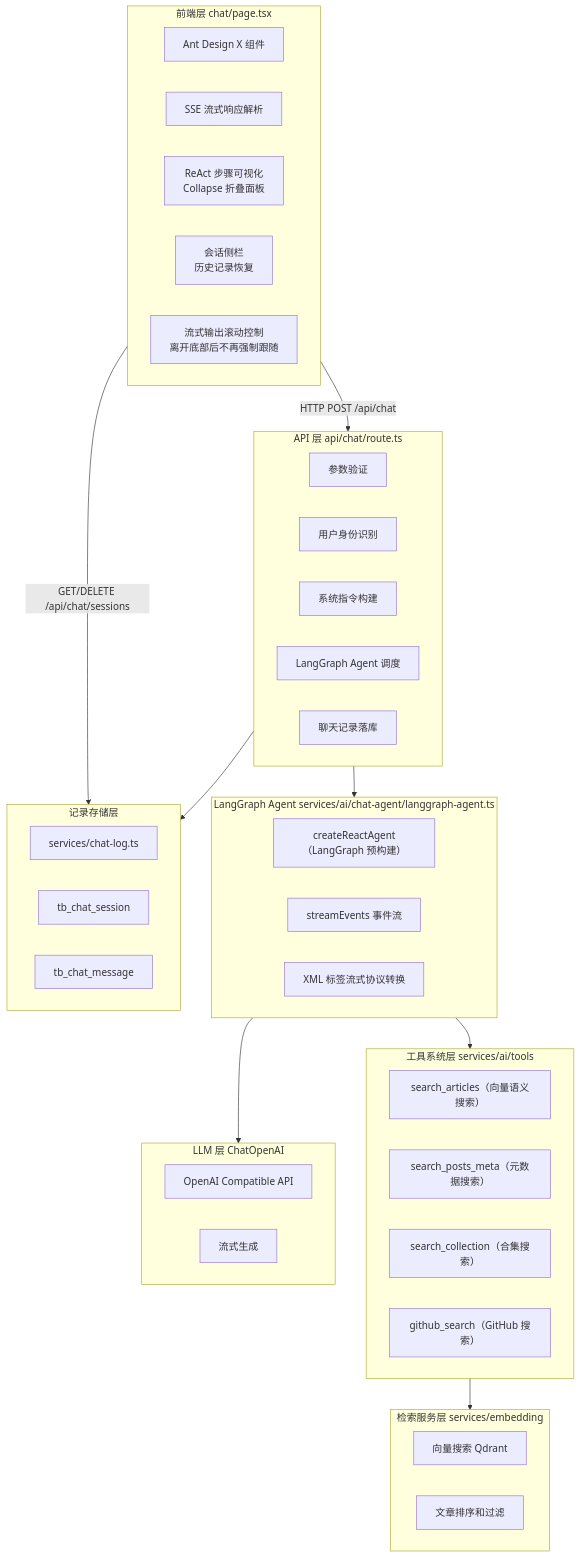
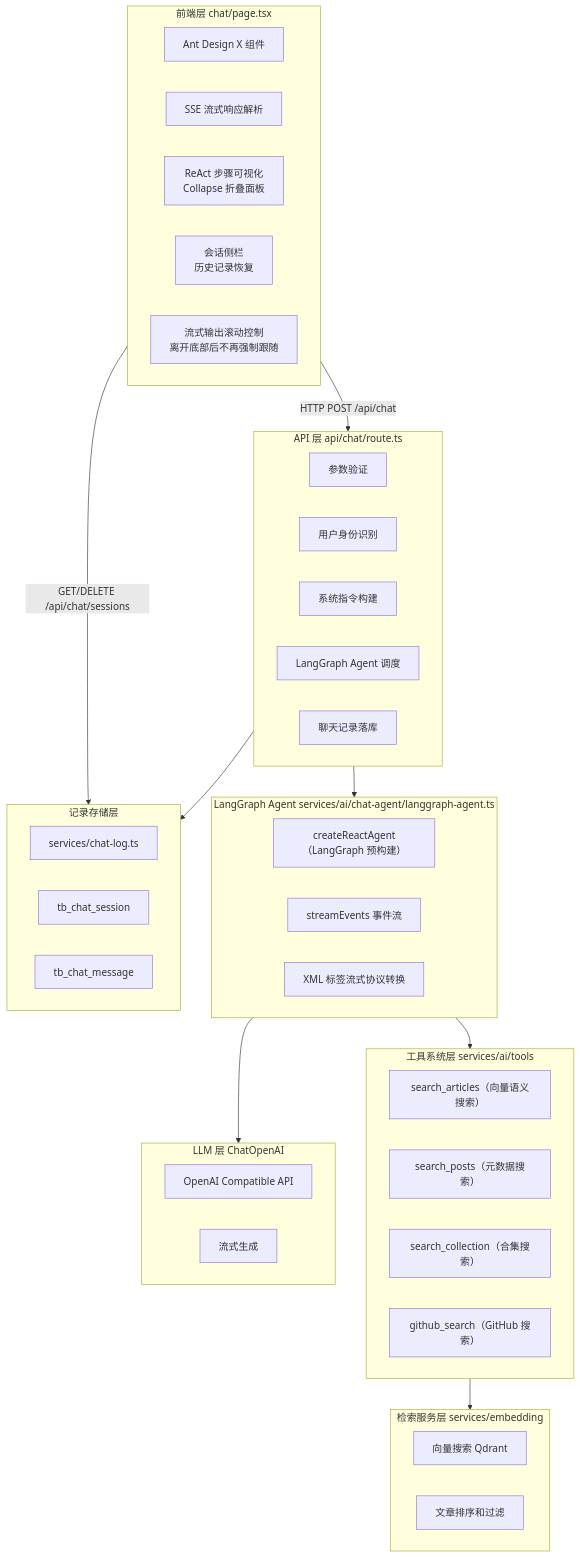
One commit to NNNNzs/react.nnnnzs.cn changed the first of 2 diagrams in docs/designs/chat/rag-chat.md. Above: the diagram before and after it, drawn with Mermaid. The commit also changed other lines of this file and 39 other files, not shown here.

````diff
--- a/docs/designs/chat/rag-chat.md
+++ b/docs/designs/chat/rag-chat.md
@@ -50,55 +50,55 @@
 ```mermaid
 flowchart TB
     subgraph Frontend["前端层 chat/page.tsx"]
         A1["Ant Design X 组件"]
         A2["SSE 流式响应解析"]
         A3["ReAct 步骤可视化<br/>Collapse 折叠面板"]
         A4["会话侧栏<br/>历史记录恢复"]
         A5["流式输出滚动控制<br/>离开底部后不再强制跟随"]
     end
 
     subgraph API["API 层 api/chat/route.ts"]
         B1["参数验证"]
         B2["用户身份识别"]
         B3["系统指令构建"]
         B4["LangGraph Agent 调度"]
         B5["聊天记录落库"]
     end
 
     subgraph Agent["LangGraph Agent services/ai/chat-agent/langgraph-agent.ts"]
         C1["createReactAgent（LangGraph 预构建）"]
         C2["streamEvents 事件流"]
         C3["XML 标签流式协议转换"]
     end
 
     subgraph Tools["工具系统层 services/ai/tools"]
         D1["search_articles（向量语义搜索）"]
-        D2["search_posts_meta（元数据搜索）"]
+        D2["search_posts（元数据搜索）"]
         D3["search_collection（合集搜索）"]
         D4["github_search（GitHub 搜索）"]
     end
 
     subgraph LLM["LLM 层 ChatOpenAI"]
         E1["OpenAI Compatible API"]
         E2["流式生成"]
     end
 
     subgraph Search["检索服务层 services/embedding"]
         F1["向量搜索 Qdrant"]
         F2["文章排序和过滤"]
     end
 
     subgraph Storage["记录存储层"]
         G1["services/chat-log.ts"]
         G2["tb_chat_session"]
         G3["tb_chat_message"]
     end
 
     Frontend -->|HTTP POST /api/chat| API
     Frontend -->|GET/DELETE /api/chat/sessions| Storage
     API --> Agent
     API --> Storage
     Agent --> Tools
     Agent --> LLM
     Tools --> Search
 ```
````
